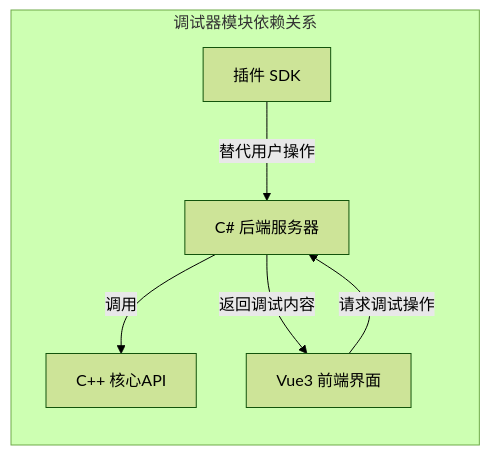
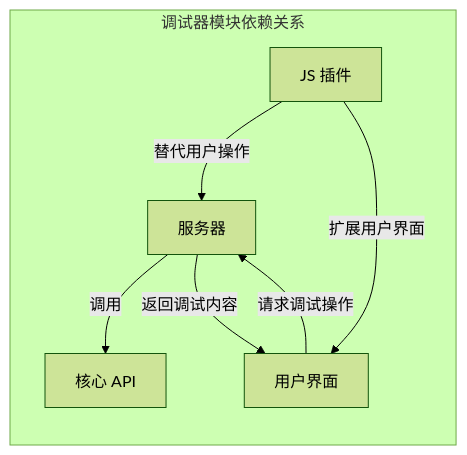
Before and after one commit to Woodykaixa/BeDbg: the first of 3 diagrams in Presentation/slides.md, drawn with Mermaid (forest theme). The commit also changed other lines of this file and 4 other files, not shown here.

````diff
--- a/Presentation/slides.md
+++ b/Presentation/slides.md
@@ -109,22 +114,23 @@
 ```mermaid
 
 flowchart LR
 
 subgraph 调试器模块依赖关系
 
-api[C++ 核心API]
+api[核心 API]
 
-server[C# 后端服务器]
+server[服务器]
 
-client[Vue3 前端界面]
+client[用户界面]
 
-plugin[插件 SDK]
+plugin[JS 插件]
 
 server -- 调用 --> api
 client -- 请求调试操作 --> server
 server -- 返回调试内容 --> client
 plugin -- 替代用户操作 --> server
+plugin -- 扩展用户界面 --> client
 
 end
 
 ```
````
